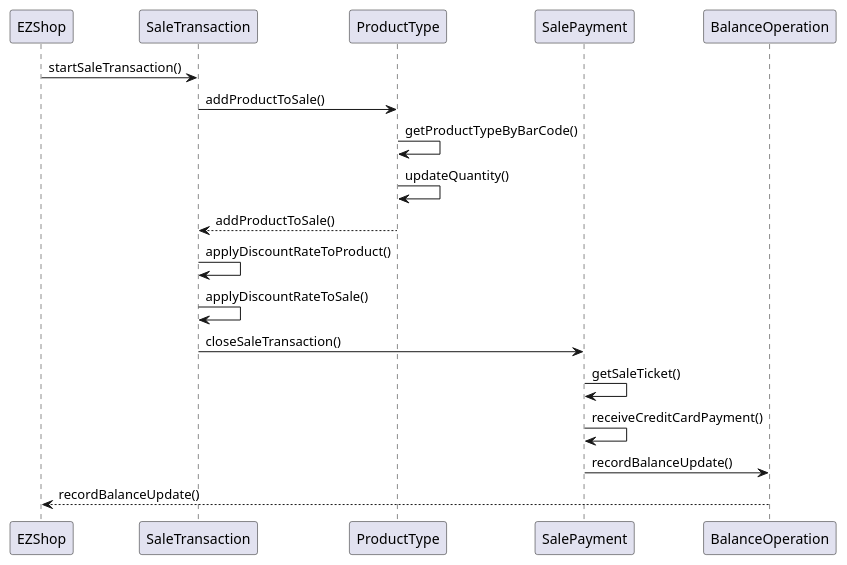
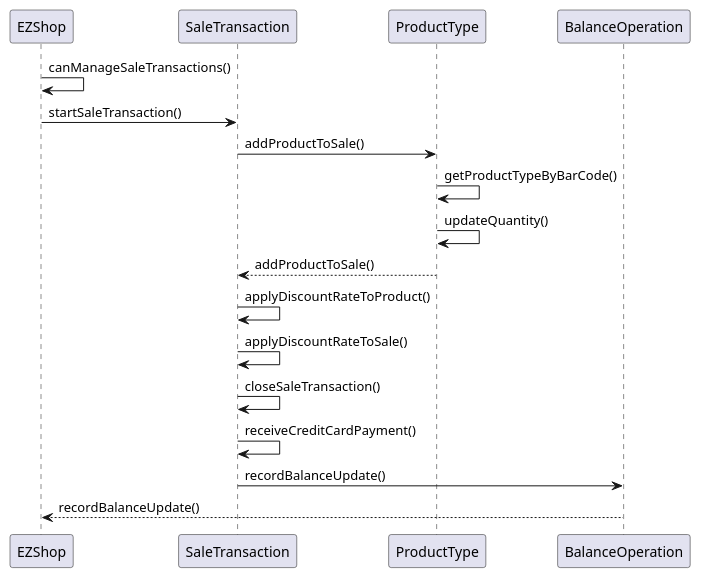
Before and after one commit to gioele-scaletta/EZShop-Software-Engineering-Project: the second of 4 diagrams in Deliverables/DesignDocument.md, drawn with PlantUML. The commit also changed other lines of this file and 1 other file, not shown here.

````diff
--- a/Deliverables/DesignDocument.md
+++ b/Deliverables/DesignDocument.md
@@ -272,22 +272,21 @@
 ```plantuml
 participant EZShop as 1
 participant SaleTransaction as 2
 participant ProductType as 3
-participant SalePayment as 4
+''participant SalePayment as 4
 participant BalanceOperation as 5
 
-
+1->1 : canManageSaleTransactions()
 1->2 : startSaleTransaction()
 2->3 : addProductToSale()
 3->3 : getProductTypeByBarCode()
 3->3 : updateQuantity()
 3-->2 : addProductToSale()
 2->2 : applyDiscountRateToProduct()
 2->2 : applyDiscountRateToSale()
-2->4 : closeSaleTransaction()
-4->4 : getSaleTicket()
-4->4 : receiveCreditCardPayment()
-4->5 : recordBalanceUpdate()
+2->2 : closeSaleTransaction()
+/'4->4 : getSaleTransaction()'/
+2->2 : receiveCreditCardPayment()
+2->5 : recordBalanceUpdate()
 5-->1 : recordBalanceUpdate()
-
 ```
````
